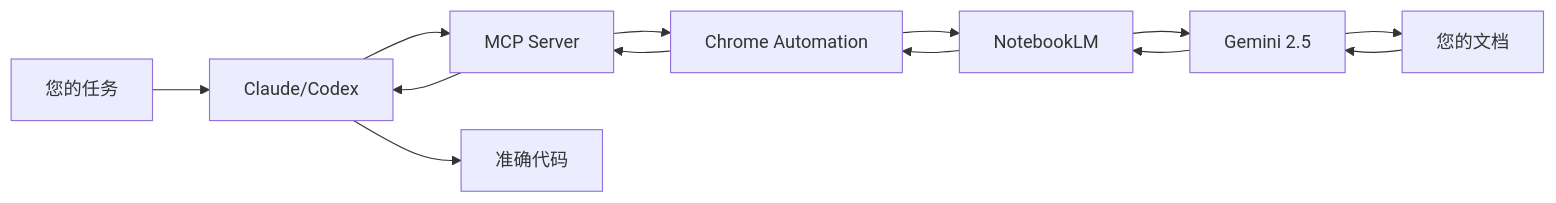
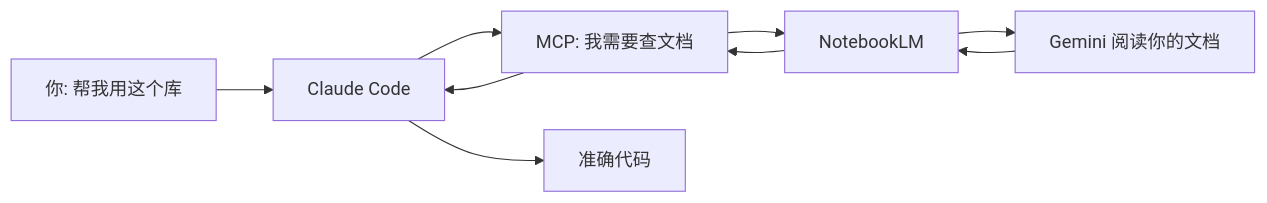
Before and after one commit to sumulige/notebooklm-mcp: the diagram in README.md, drawn with Mermaid. The commit also changed other lines of this file and 1 other file, not shown here.

````diff
--- a/README.md
+++ b/README.md
@@ -196,15 +61,11 @@
 ```mermaid
 graph LR
-    A[您的任务] --> B[Claude/Codex]
-    B --> C[MCP Server]
-    C --> D[Chrome Automation]
-    D --> E[NotebookLM]
-    E --> F[Gemini 2.5]
-    F --> G[您的文档]
-    G --> F
-    F --> E
+    A[你: 帮我用这个库] --> B[Claude Code]
+    B --> C[MCP: 我需要查文档]
+    C --> D[NotebookLM]
+    D --> E[Gemini 阅读你的文档]
     E --> D
     D --> C
     C --> B
-    B --> H[准确代码]
+    B --> F[准确代码]
 ```
````
